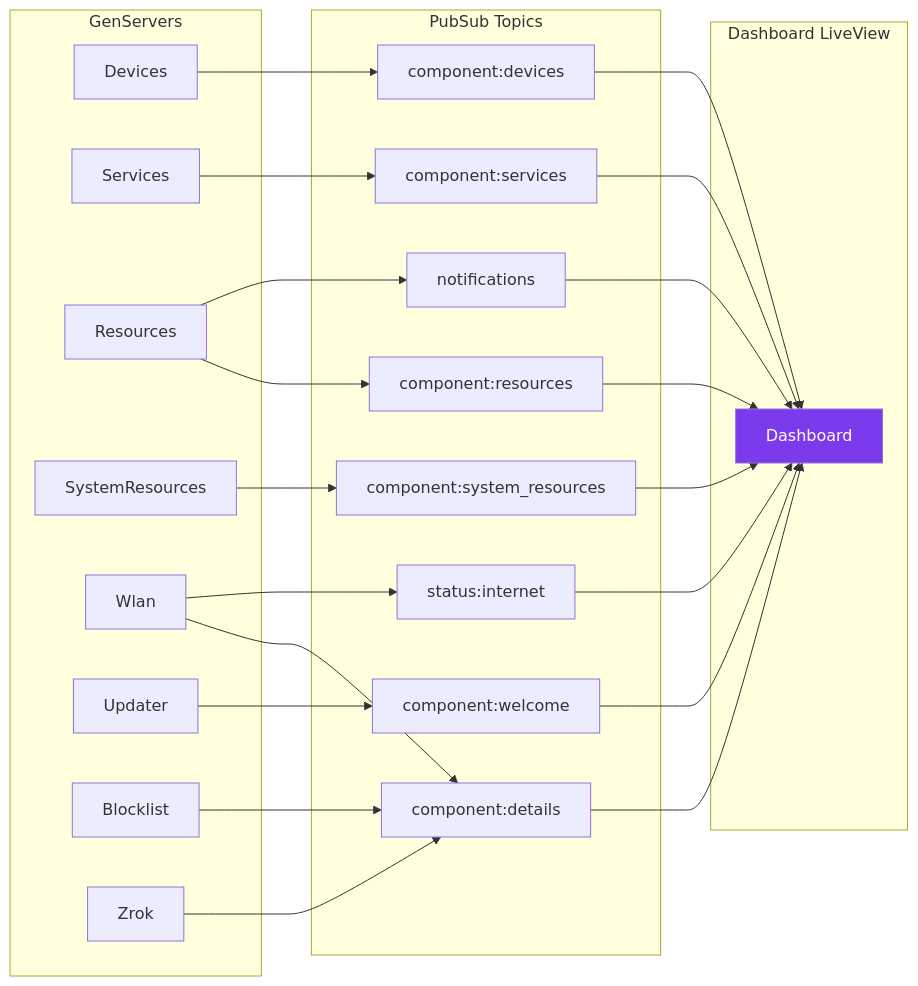
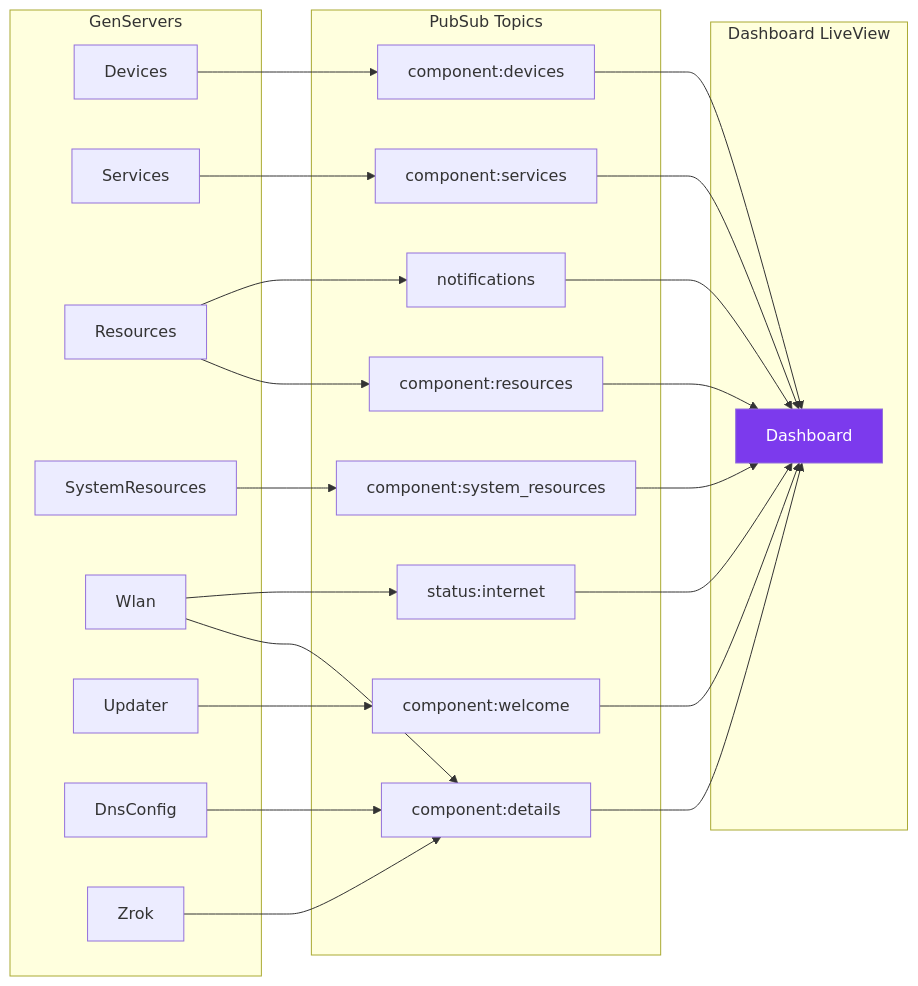
Before and after one commit to toreanjoel/tunneld: the second of 2 diagrams in docs/supervision-tree.md, drawn with Mermaid. The commit also changed other lines of this file and 16 other files, not shown here.

Commit message:
feat: replace dnscrypt-proxy and blocklist with user-configured DNS server

````diff
--- a/docs/supervision-tree.md
+++ b/docs/supervision-tree.md
@@ -68,41 +68,41 @@
 ```mermaid
 graph LR
     subgraph GenServers
         DEV[Devices]
         SVC[Services]
         RES[Resources]
         SR[SystemResources]
         WLAN[Wlan]
         UPD[Updater]
-        BL[Blocklist]
+        DNS_CFG[DnsConfig]
         ZROK[Zrok]
     end
 
     subgraph PubSub Topics
         CD[component:devices]
         CS[component:services]
         CR[component:resources]
         CSR[component:system_resources]
         CDT[component:details]
         CW[component:welcome]
         SI[status:internet]
         NT[notifications]
     end
 
     subgraph Dashboard LiveView
         DLV[Dashboard]
     end
 
     DEV --> CD --> DLV
     SVC --> CS --> DLV
     RES --> CR --> DLV
     SR --> CSR --> DLV
     WLAN --> CDT --> DLV
     WLAN --> SI --> DLV
     UPD --> CW --> DLV
-    BL --> CDT
+    DNS_CFG --> CDT
     ZROK --> CDT
     RES --> NT --> DLV
 
     style DLV fill:#7c3aed,color:#fff
 ```
````
